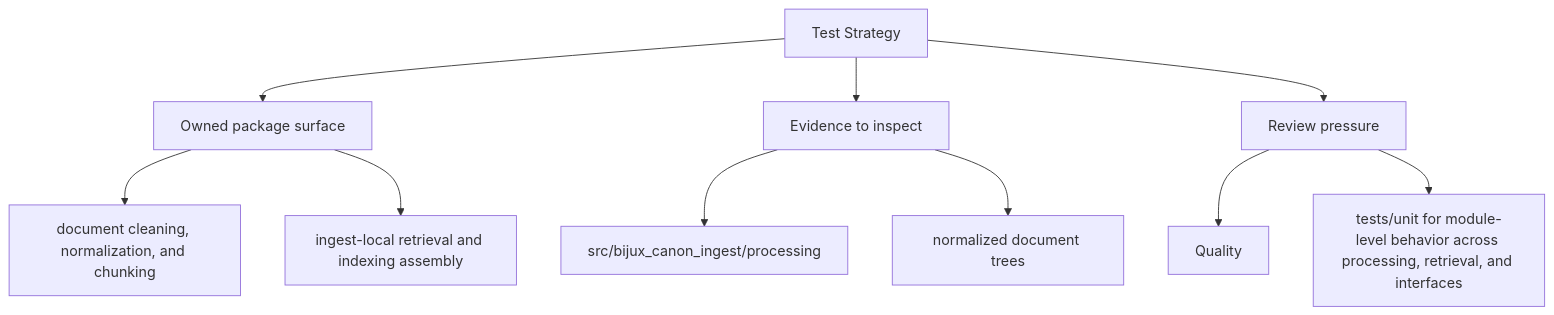
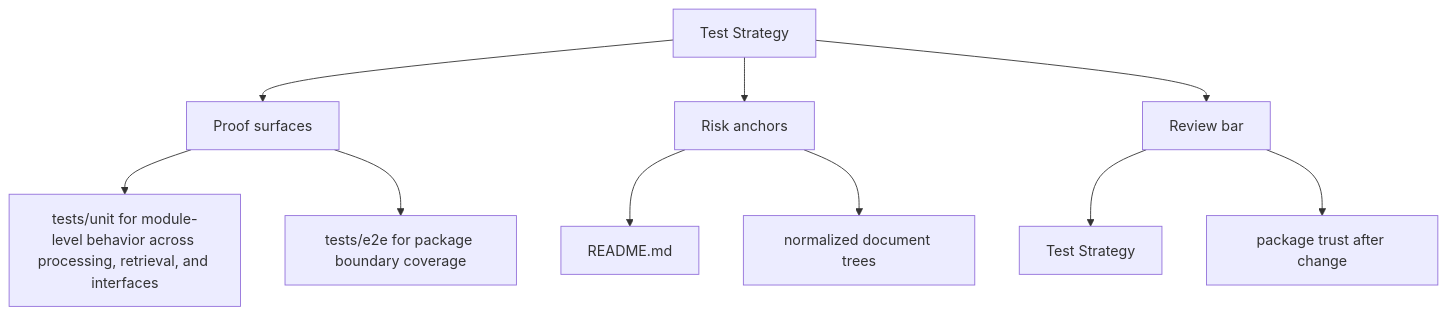
The second of 2 diagrams in docs/bijux-canon-ingest/quality/test-strategy.md (bijux/bijux-canon), drawn with Mermaid before and after one commit. The commit also changed other lines of this file and 250 other files, not shown here.

Commit message:
docs(diagrams): make product page maps more readable

````diff
--- a/docs/bijux-canon-ingest/quality/test-strategy.md
+++ b/docs/bijux-canon-ingest/quality/test-strategy.md
@@ -34,22 +34,22 @@
 ```mermaid
 flowchart TD
     page["Test Strategy"]
-    focus1["Owned package surface"]
+    focus1["Proof surfaces"]
     page --> focus1
-    focus1_1["document cleaning, normalization, and chunking"]
+    focus1_1["tests/unit for module-level behavior across processing, retrieval, and interfaces"]
     focus1 --> focus1_1
-    focus1_2["ingest-local retrieval and indexing assembly"]
+    focus1_2["tests/e2e for package boundary coverage"]
     focus1 --> focus1_2
-    focus2["Evidence to inspect"]
+    focus2["Risk anchors"]
     page --> focus2
-    focus2_1["src/bijux_canon_ingest/processing"]
+    focus2_1["README.md"]
     focus2 --> focus2_1
     focus2_2["normalized document trees"]
     focus2 --> focus2_2
-    focus3["Review pressure"]
+    focus3["Review bar"]
     page --> focus3
-    focus3_1["Quality"]
+    focus3_1["Test Strategy"]
     focus3 --> focus3_1
-    focus3_2["tests/unit for module-level behavior across processing, retrieval, and interfaces"]
+    focus3_2["package trust after change"]
     focus3 --> focus3_2
 ```
````
